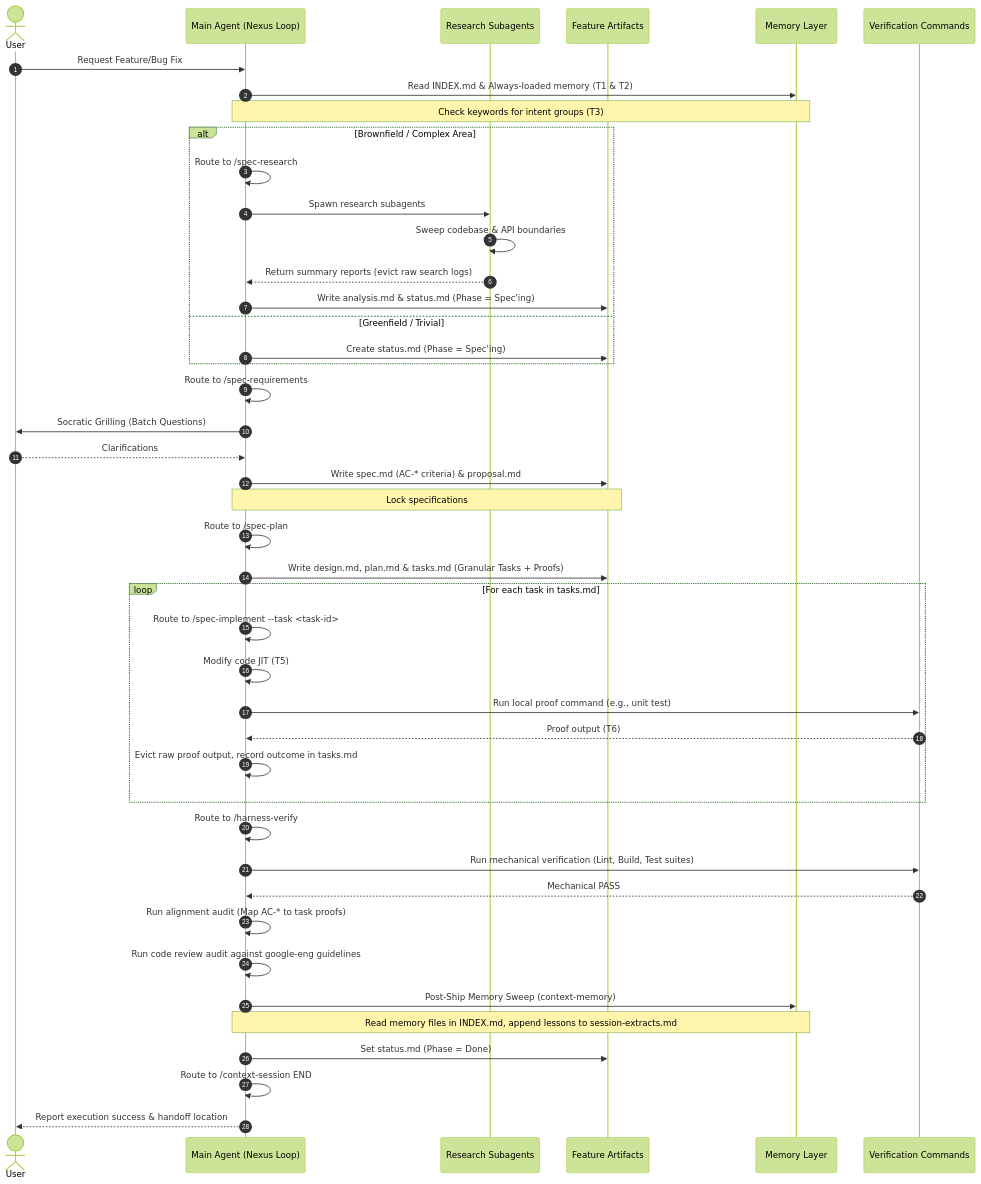
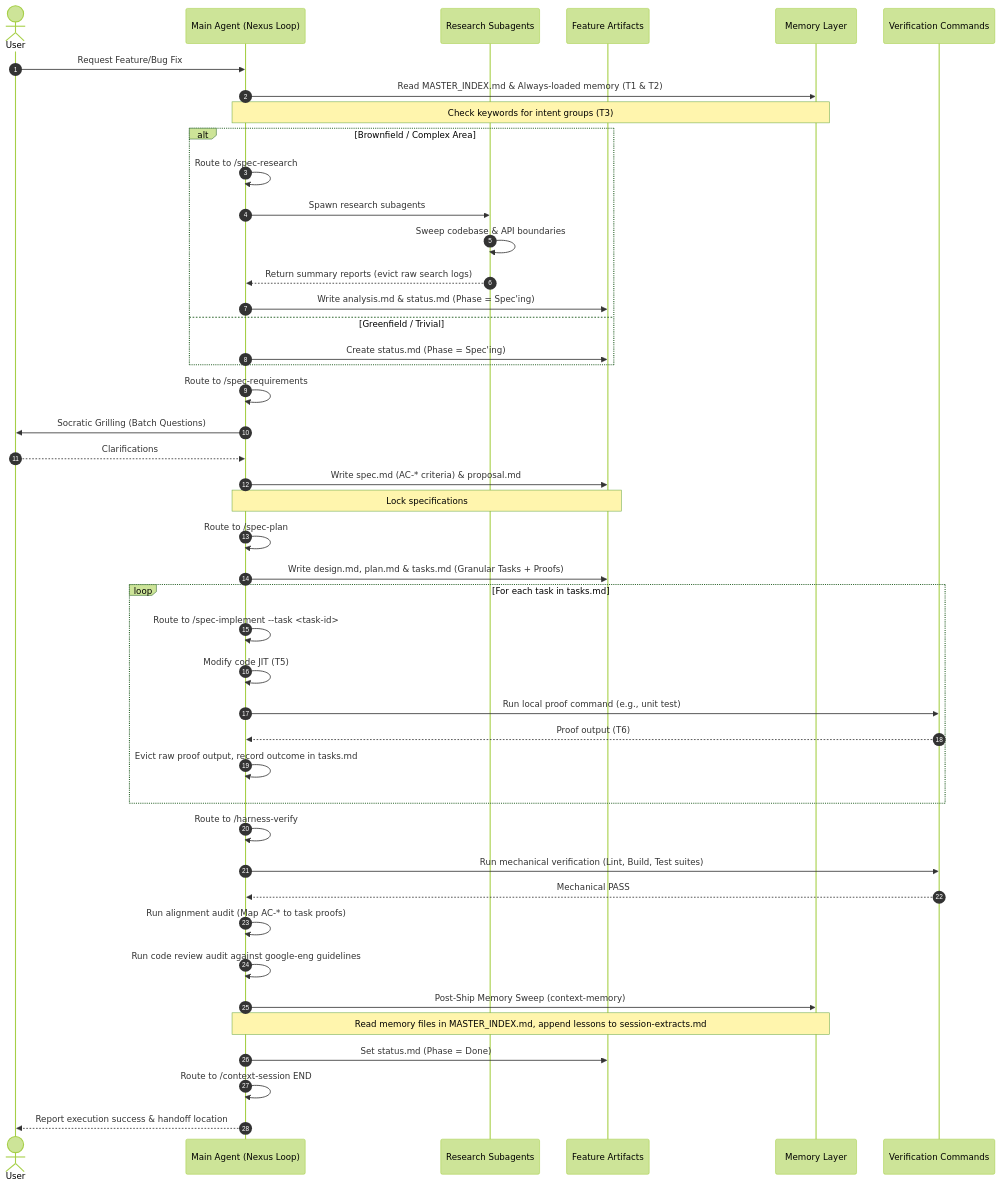
Before and after one commit to thaihai-swe/CoreZero-Nexus: the first of 3 diagrams in documents/architecture.md, drawn with Mermaid (forest theme). The commit also changed other lines of this file and 61 other files, not shown here.

````diff
--- a/documents/architecture.md
+++ b/documents/architecture.md
@@ -87,52 +87,52 @@
 ```mermaid
 sequenceDiagram
     autonumber
     actor User
     participant Agent as Main Agent (Nexus Loop)
     participant Sub as Research Subagents
     participant Art as Feature Artifacts
     participant Mem as Memory Layer
     participant Cmd as Verification Commands
 
     User->>Agent: Request Feature/Bug Fix
-    Agent->>Mem: Read INDEX.md & Always-loaded memory (T1 & T2)
+    Agent->>Mem: Read MASTER_INDEX.md & Always-loaded memory (T1 & T2)
     Note over Agent,Mem: Check keywords for intent groups (T3)
     alt Brownfield / Complex Area
         Agent->>Agent: Route to /spec-research
         Agent->>Sub: Spawn research subagents
         Sub->>Sub: Sweep codebase & API boundaries
         Sub-->>Agent: Return summary reports (evict raw search logs)
         Agent->>Art: Write analysis.md & status.md (Phase = Spec'ing)
     else Greenfield / Trivial
         Agent->>Art: Create status.md (Phase = Spec'ing)
     end
 
     Agent->>Agent: Route to /spec-requirements
     Agent->>User: Socratic Grilling (Batch Questions)
     User-->>Agent: Clarifications
     Agent->>Art: Write spec.md (AC-* criteria) & proposal.md
     Note over Agent,Art: Lock specifications
 
     Agent->>Agent: Route to /spec-plan
     Agent->>Art: Write design.md, plan.md & tasks.md (Granular Tasks + Proofs)
 
     loop For each task in tasks.md
         Agent->>Agent: Route to /spec-implement --task <task-id>
         Agent->>Agent: Modify code JIT (T5)
         Agent->>Cmd: Run local proof command (e.g., unit test)
         Cmd-->>Agent: Proof output (T6)
         Agent->>Agent: Evict raw proof output, record outcome in tasks.md
     end
 
     Agent->>Agent: Route to /harness-verify
     Agent->>Cmd: Run mechanical verification (Lint, Build, Test suites)
     Cmd-->>Agent: Mechanical PASS
     Agent->>Agent: Run alignment audit (Map AC-* to task proofs)
     Agent->>Agent: Run code review audit against google-eng guidelines
 
     Agent->>Mem: Post-Ship Memory Sweep (context-memory)
-    Note over Agent,Mem: Read memory files in INDEX.md, append lessons to session-extracts.md
+    Note over Agent,Mem: Read memory files in MASTER_INDEX.md, append lessons to session-extracts.md
     Agent->>Art: Set status.md (Phase = Done)
     Agent->>Agent: Route to /context-session END
     Agent-->>User: Report execution success & handoff location
 ```
````
